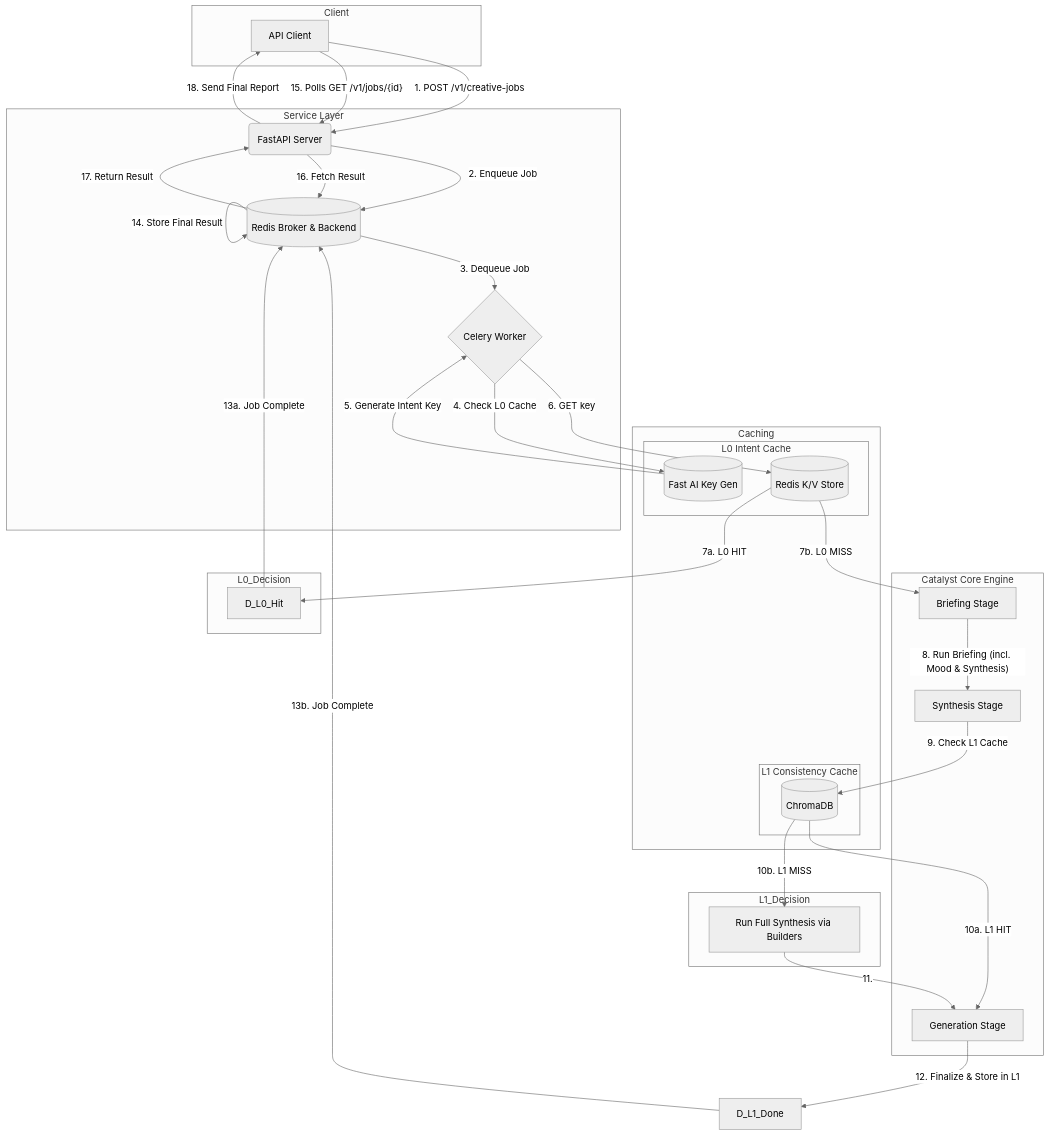
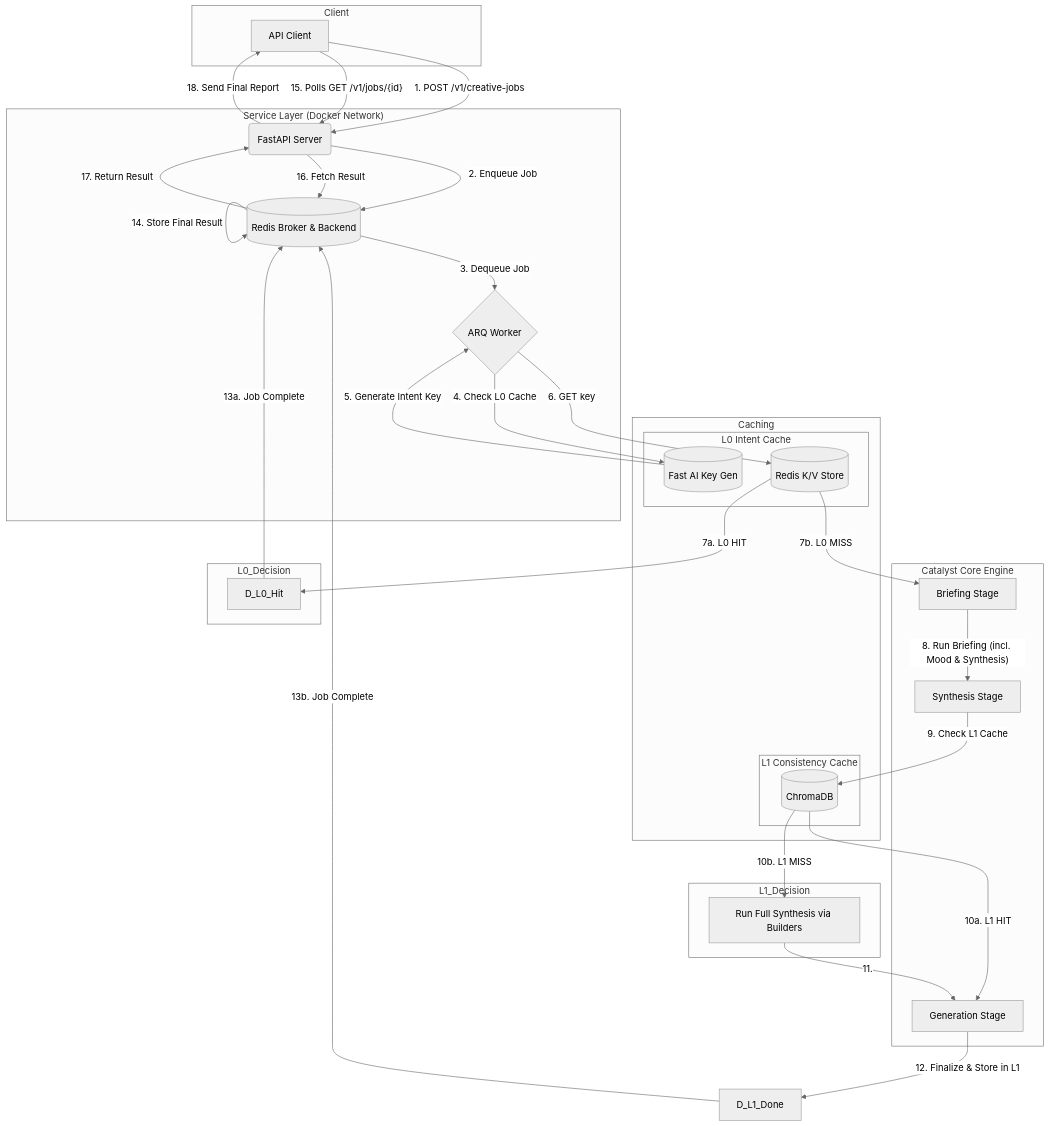
The diagram in README.md (MTawhid7/creative-catalyst-engine), drawn with Mermaid (neutral theme) before and after one commit. The commit also changed other lines of this file and 15 other files, not shown here.

Commit message:
feat: Implement Docker and arq (#15)

````diff
--- a/README.md
+++ b/README.md
@@ -66,55 +64,55 @@
 ```mermaid
 graph TD
     subgraph Client
         A[API Client]
     end
 
-    subgraph Service Layer
+    subgraph "Service Layer (Docker Network)"
         B(FastAPI Server)
-        D{Celery Worker}
+        D{ARQ Worker}
         C[(Redis Broker & Backend)]
     end
 
     subgraph Caching
         subgraph L0_Cache [L0 Intent Cache]
             L0_AI[(Fast AI Key Gen)]
             L0_Redis[(Redis K/V Store)]
         end
         subgraph L1_Cache [L1 Consistency Cache]
             L1_Chroma[(ChromaDB)]
         end
     end
 
     subgraph Core_Engine [Catalyst Core Engine]
         E[Briefing Stage]
         F[Synthesis Stage]
         G[Generation Stage]
     end
 
     A -- 1. POST /v1/creative-jobs --> B
     B -- 2. Enqueue Job --> C
     C -- 3. Dequeue Job --> D
 
     D -- 4. Check L0 Cache --> L0_AI
     L0_AI -- 5. Generate Intent Key --> D
     D -- 6. GET key --> L0_Redis
 
     subgraph L0_Decision; L0_Redis -- 7a. L0 HIT --> D_L0_Hit; L0_Redis -- 7b. L0 MISS --> E; end
 
     E -- 8. Run Briefing (incl. Mood & Synthesis) --> F
     F -- 9. Check L1 Cache --> L1_Chroma
 
     subgraph L1_Decision; L1_Chroma -- 10a. L1 HIT --> G; L1_Chroma -- 10b. L1 MISS --> F_Run; end
 
     F_Run[Run Full Synthesis via Builders] -- 11. --> G
     G -- 12. Finalize & Store in L1 --> D_L1_Done
 
     D_L0_Hit -- 13a. Job Complete --> C
     D_L1_Done -- 13b. Job Complete --> C
     C -- 14. Store Final Result --> C
 
     A -- 15. Polls GET /v1/jobs/{id} --> B
     B -- 16. Fetch Result --> C
     C -- 17. Return Result --> B
     B -- 18. Send Final Report --> A
 ```
````
